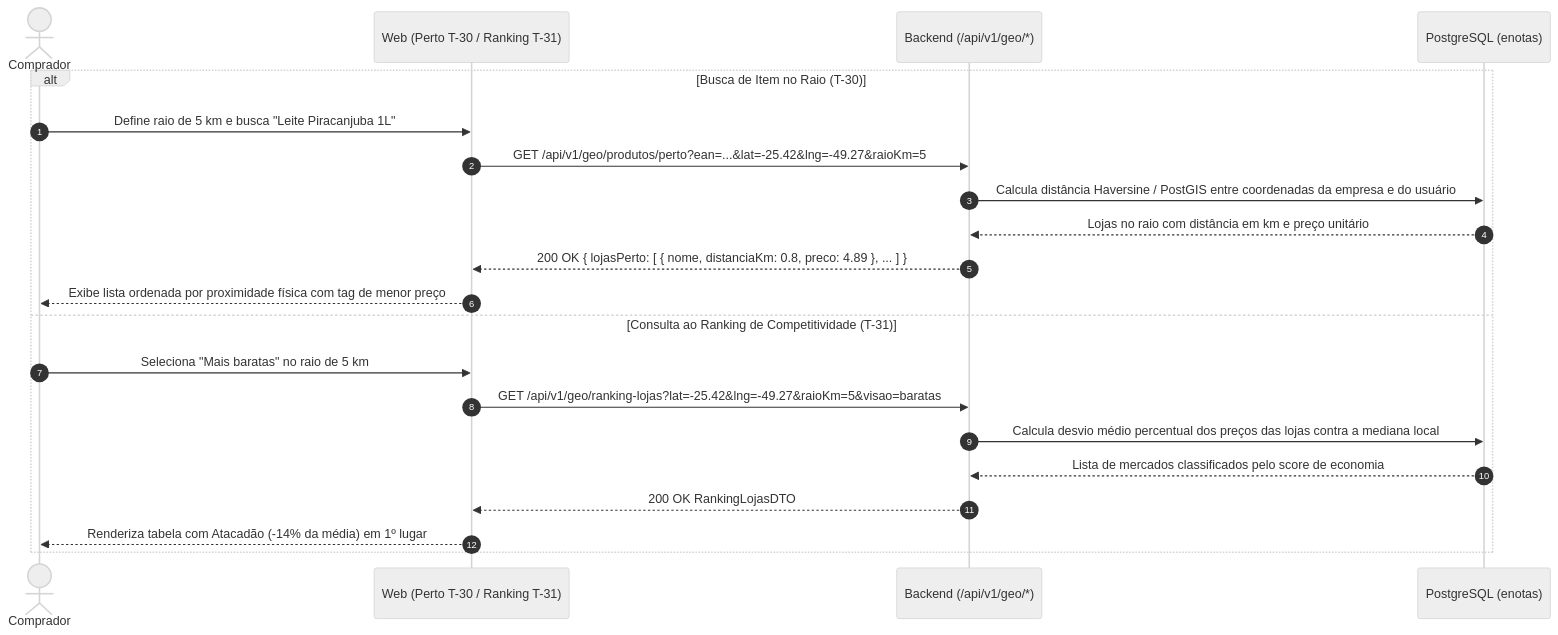
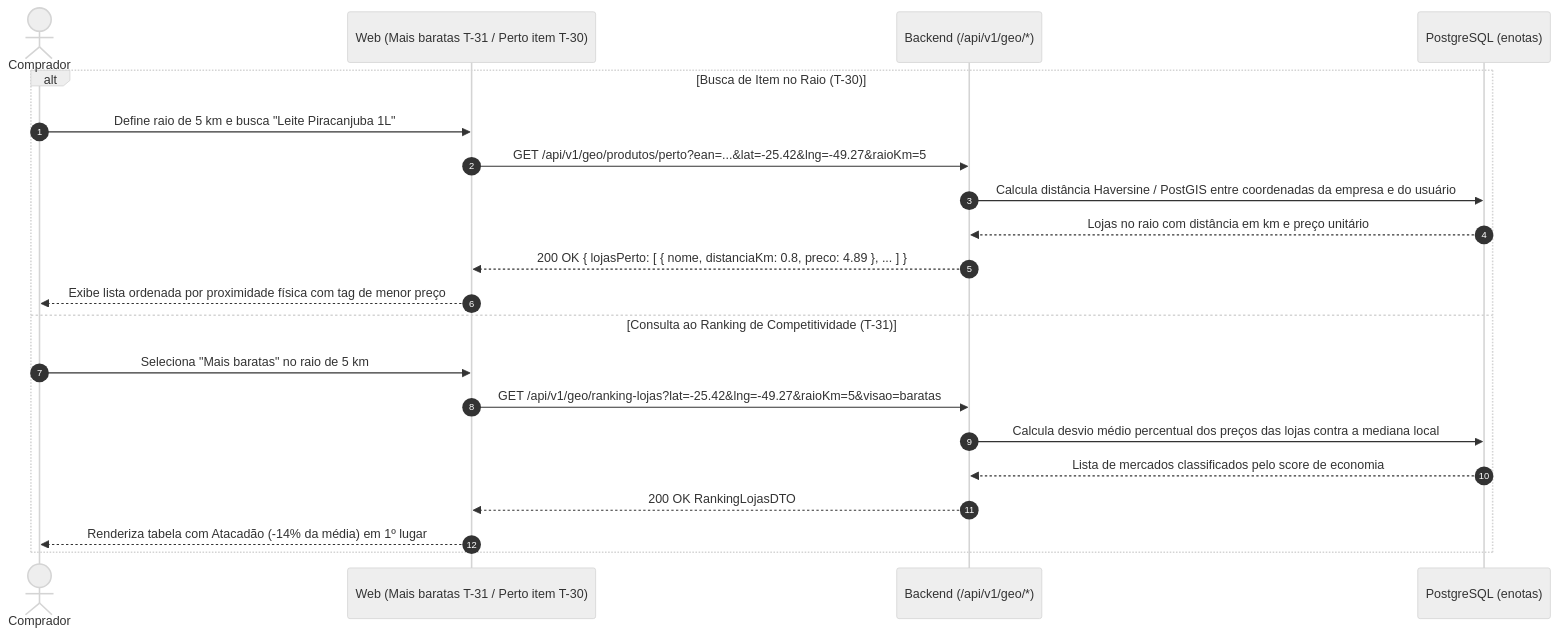
The fourth of 9 diagrams in e-notas/beta-docs/07-diagramas.md (laerciogermano/workstation), drawn with Mermaid (neutral theme) before and after one commit. The commit also changed other lines of this file and 7 other files, not shown here.

Commit message:
Define Estabelecimentos no protótipo com entrada nas mais baratas e ranking duplo na lista (sem tabs).

````diff
--- a/e-notas/beta-docs/07-diagramas.md
+++ b/e-notas/beta-docs/07-diagramas.md
@@ -125,24 +125,24 @@
 ```mermaid
 sequenceDiagram
   autonumber
   actor C as Comprador
-  participant W as Web (Perto T-30 / Ranking T-31)
+  participant W as Web (Mais baratas T-31 / Perto item T-30)
   participant API as Backend (/api/v1/geo/*)
   participant DB as PostgreSQL (enotas)
 
   alt Busca de Item no Raio (T-30)
     C->>W: Define raio de 5 km e busca "Leite Piracanjuba 1L"
     W->>API: GET /api/v1/geo/produtos/perto?ean=...&lat=-25.42&lng=-49.27&raioKm=5
     API->>DB: Calcula distância Haversine / PostGIS entre coordenadas da empresa e do usuário
     DB-->>API: Lojas no raio com distância em km e preço unitário
     API-->>W: 200 OK { lojasPerto: [ { nome, distanciaKm: 0.8, preco: 4.89 }, ... ] }
     W-->>C: Exibe lista ordenada por proximidade física com tag de menor preço
   else Consulta ao Ranking de Competitividade (T-31)
     C->>W: Seleciona "Mais baratas" no raio de 5 km
     W->>API: GET /api/v1/geo/ranking-lojas?lat=-25.42&lng=-49.27&raioKm=5&visao=baratas
     API->>DB: Calcula desvio médio percentual dos preços das lojas contra a mediana local
     DB-->>API: Lista de mercados classificados pelo score de economia
     API-->>W: 200 OK RankingLojasDTO
     W-->>C: Renderiza tabela com Atacadão (-14% da média) em 1º lugar
   end
 ```
````
